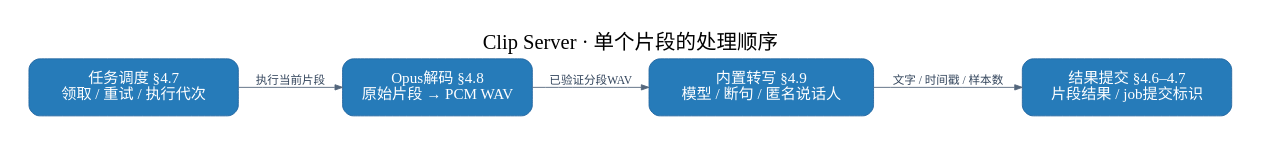
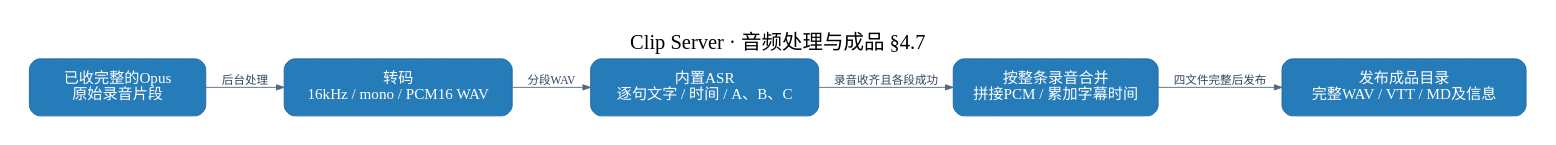
One commit to boboliu-1010/speaker changed the diagram in docs/assets/diagrams/09b-clip-processing.dot. Above: the diagram before and after it, drawn with Graphviz. The commit also changed 5 other files, not shown here.

```diff
--- a/docs/assets/diagrams/09b-clip-processing.dot
+++ b/docs/assets/diagrams/09b-clip-processing.dot
@@ -1,12 +1,19 @@
 digraph G {
-graph [rankdir=LR, bgcolor="white", pad="0.35", nodesep="0.4", ranksep="0.55", splines=line, fontname="PingFang SC", fontsize=23, labelloc=t, label="Clip Server · 单个片段的处理顺序"];
+graph [rankdir=LR, bgcolor="white", pad="0.35", nodesep="0.4", ranksep="0.5", splines=line, fontname="PingFang SC", fontsize=23, labelloc=t, label="Clip Server · 音频处理与成品 §4.7"];
 node [shape=box, style="rounded,filled", fillcolor="#267bb9", color="#2366a0", fontcolor=white, fontname="PingFang SC", fontsize=17, margin="0.22,0.18"];
 edge [fontname="PingFang SC", fontsize=13, color="#53667c", fontcolor="#34465d", arrowsize=0.85];
-n0 [width=3.26, label="任务调度 §4.7\n领取 / 重试 / 执行代次"];
-n1 [width=2.96, label="Opus解码 §4.8\n原始片段 → PCM WAV"];
-n2 [width=3.50, label="内置转写 §4.9\n模型 / 断句 / 匿名说话人"];
-n3 [width=3.26, label="结果提交 §4.6–4.7\n片段结果 / job提交标识"];
-n0 -> n1 [label="执行当前片段"];
-n1 -> n2 [label="已验证分段WAV"];
-n2 -> n3 [label="文字 / 时间戳 / 样本数"];
+n0 [width=2.75, label="已收完整的Opus
+原始录音片段"];
+n1 [width=2.95, label="转码
+16kHz / mono / PCM16 WAV"];
+n2 [width=3.55, label="内置ASR
+逐句文字 / 时间 / A、B、C"];
+n3 [width=3.20, label="按整条录音合并
+拼接PCM / 累加字幕时间"];
+n4 [width=3.80, label="发布成品目录
+完整WAV / VTT / MD及信息"];
+n0 -> n1 [label="后台处理"];
+n1 -> n2 [label="分段WAV"];
+n2 -> n3 [label="录音收齐且各段成功"];
+n3 -> n4 [label="四文件完整后发布"];
 }
```
